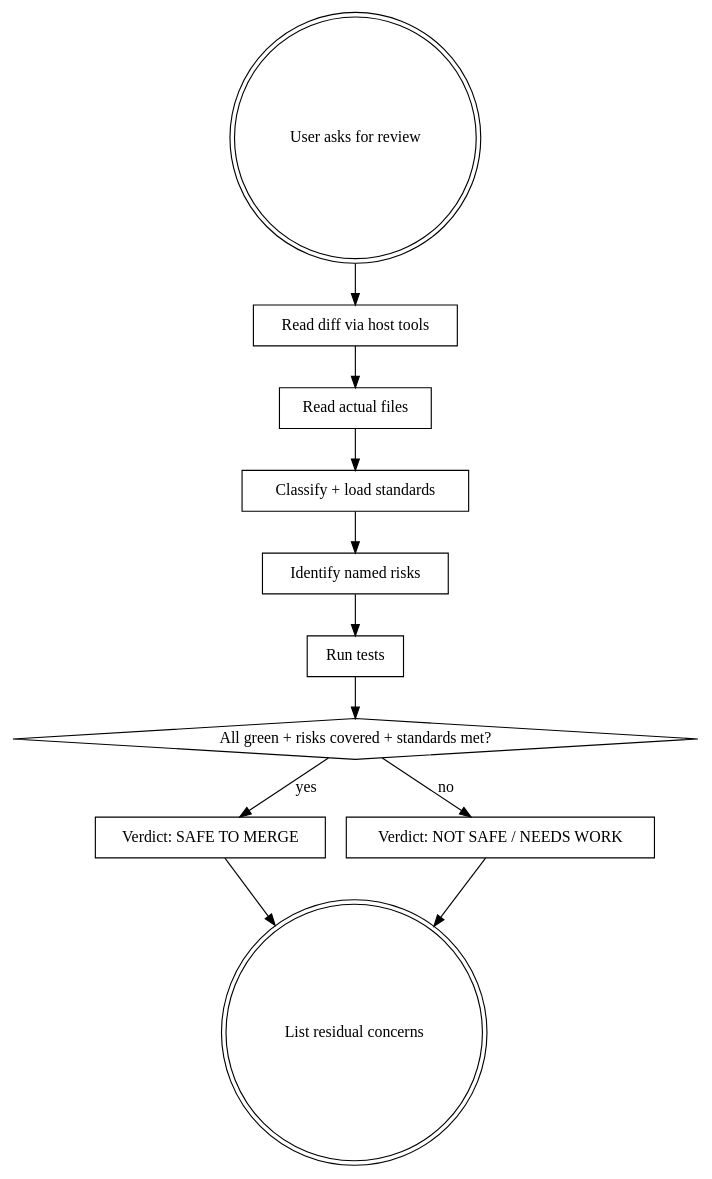
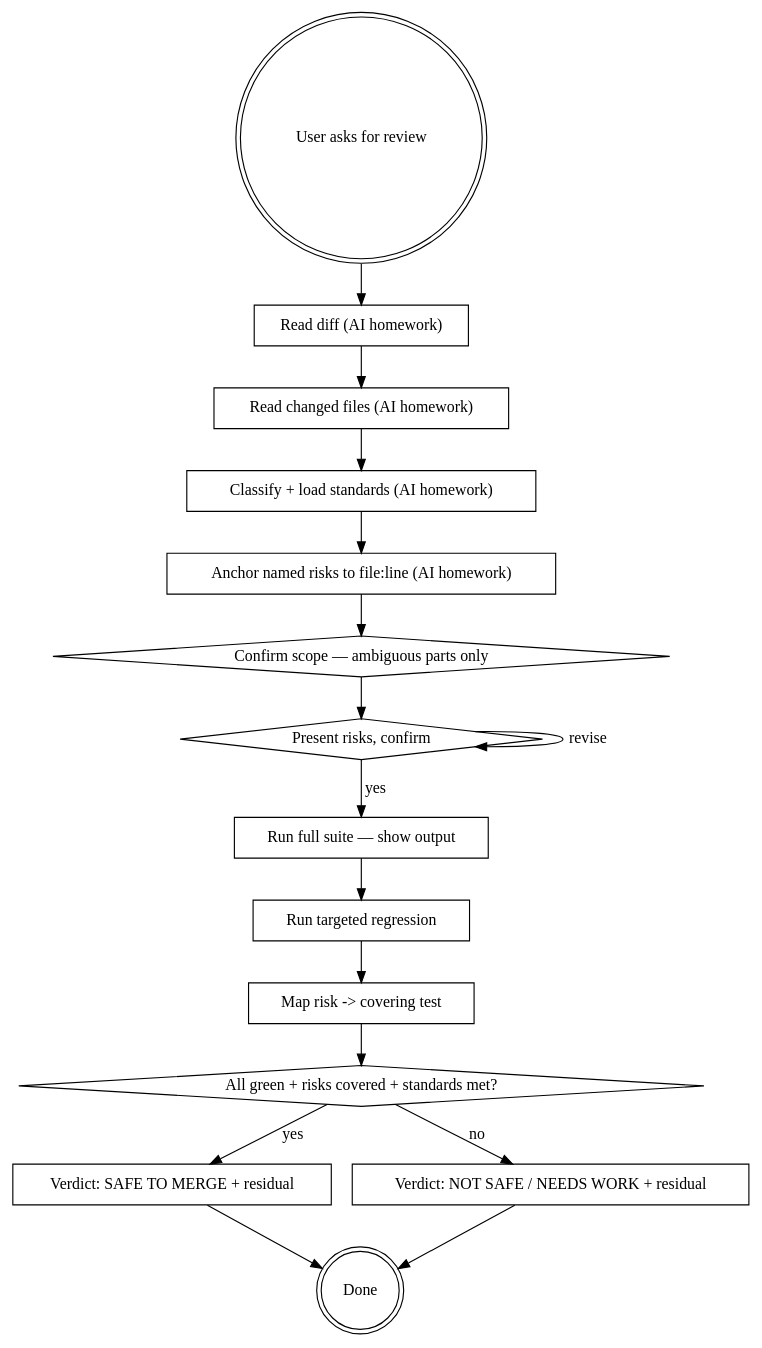
The diagram in skills/qa-reviewing-before-merge/SKILL.md (sumithr/sumo-qa), drawn with Graphviz before and after one commit. The commit also changed other lines of this file and 15 other files, not shown here.

````diff
--- a/skills/qa-reviewing-before-merge/SKILL.md
+++ b/skills/qa-reviewing-before-merge/SKILL.md
@@ -40,26 +66,35 @@
 ```dot
 digraph qa_reviewing_before_merge {
     rankdir=TB;
     "User asks for review" [shape=doublecircle];
-    "Read diff via host tools" [shape=box];
-    "Read actual files" [shape=box];
-    "Classify + load standards" [shape=box];
-    "Identify named risks" [shape=box];
-    "Run tests" [shape=box];
+    "Read diff (AI homework)" [shape=box];
+    "Read changed files (AI homework)" [shape=box];
+    "Classify + load standards (AI homework)" [shape=box];
+    "Anchor named risks to file:line (AI homework)" [shape=box];
+    "Confirm scope — ambiguous parts only" [shape=diamond];
+    "Present risks, confirm" [shape=diamond];
+    "Run full suite — show output" [shape=box];
+    "Run targeted regression" [shape=box];
+    "Map risk -> covering test" [shape=box];
     "All green + risks covered + standards met?" [shape=diamond];
-    "Verdict: SAFE TO MERGE" [shape=box];
-    "Verdict: NOT SAFE / NEEDS WORK" [shape=box];
-    "List residual concerns" [shape=doublecircle];
+    "Verdict: SAFE TO MERGE + residual" [shape=box];
+    "Verdict: NOT SAFE / NEEDS WORK + residual" [shape=box];
+    "Done" [shape=doublecircle];
 
-    "User asks for review" -> "Read diff via host tools";
-    "Read diff via host tools" -> "Read actual files";
-    "Read actual files" -> "Classify + load standards";
-    "Classify + load standards" -> "Identify named risks";
-    "Identify named risks" -> "Run tests";
-    "Run tests" -> "All green + risks covered + standards met?";
-    "All green + risks covered + standards met?" -> "Verdict: SAFE TO MERGE" [label="yes"];
-    "All green + risks covered + standards met?" -> "Verdict: NOT SAFE / NEEDS WORK" [label="no"];
-    "Verdict: SAFE TO MERGE" -> "List residual concerns";
-    "Verdict: NOT SAFE / NEEDS WORK" -> "List residual concerns";
+    "User asks for review" -> "Read diff (AI homework)";
+    "Read diff (AI homework)" -> "Read changed files (AI homework)";
+    "Read changed files (AI homework)" -> "Classify + load standards (AI homework)";
+    "Classify + load standards (AI homework)" -> "Anchor named risks to file:line (AI homework)";
+    "Anchor named risks to file:line (AI homework)" -> "Confirm scope — ambiguous parts only";
+    "Confirm scope — ambiguous parts only" -> "Present risks, confirm";
+    "Present risks, confirm" -> "Present risks, confirm" [label="revise"];
+    "Present risks, confirm" -> "Run full suite — show output" [label="yes"];
+    "Run full suite — show output" -> "Run targeted regression";
+    "Run targeted regression" -> "Map risk -> covering test";
+    "Map risk -> covering test" -> "All green + risks covered + standards met?";
+    "All green + risks covered + standards met?" -> "Verdict: SAFE TO MERGE + residual" [label="yes"];
+    "All green + risks covered + standards met?" -> "Verdict: NOT SAFE / NEEDS WORK + residual" [label="no"];
+    "Verdict: SAFE TO MERGE + residual" -> "Done";
+    "Verdict: NOT SAFE / NEEDS WORK + residual" -> "Done";
 }
 ```
````
